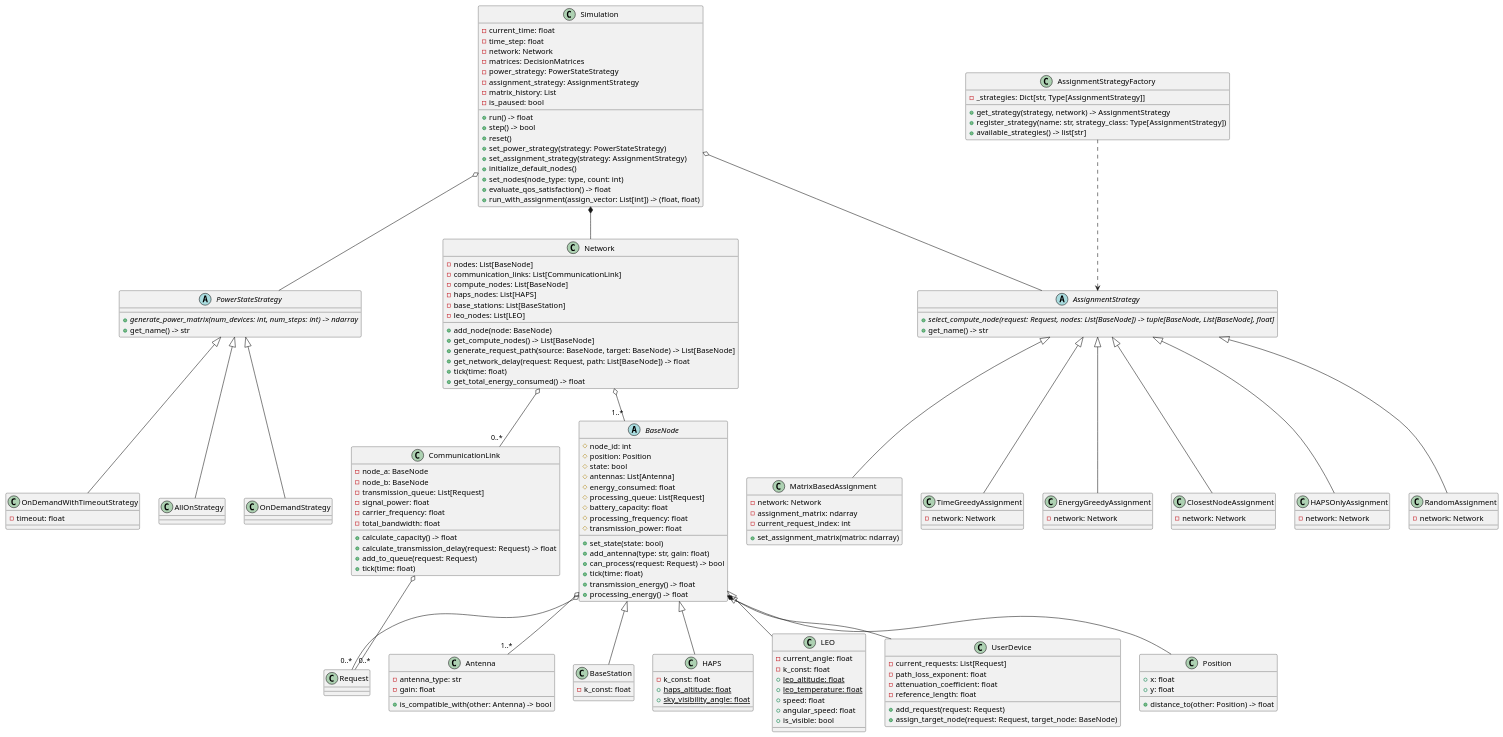
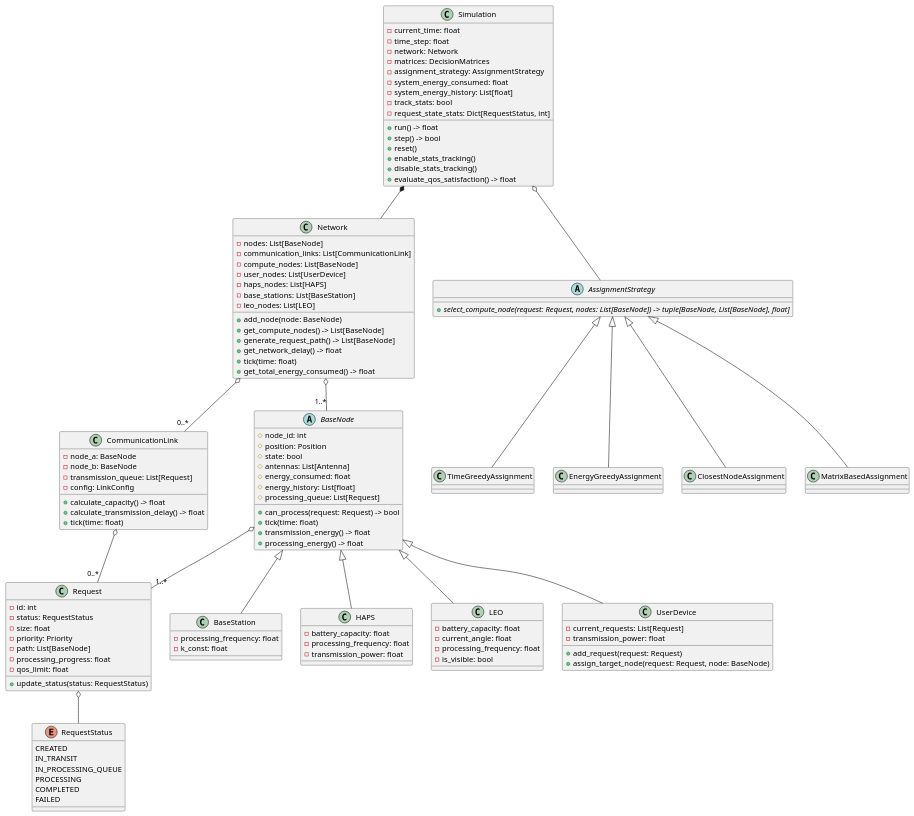
The diagram in docs/class_diagram.puml (SimonR99/OptimisationNTN), drawn with PlantUML before and after one commit. The commit also changed 1 other file, not shown here.

Commit message:
update diagram

```diff
--- a/docs/class_diagram.puml
+++ b/docs/class_diagram.puml
@@ -1,176 +1,128 @@
 @startuml class diagram
 
 ' Core Components
 class Simulation {
   - current_time: float
   - time_step: float
   - network: Network
   - matrices: DecisionMatrices
-  - power_strategy: PowerStateStrategy
   - assignment_strategy: AssignmentStrategy
-  - matrix_history: List
-  - is_paused: bool
+  - system_energy_consumed: float
+  - system_energy_history: List[float]
+  - track_stats: bool
+  - request_state_stats: Dict[RequestStatus, int]
   + run() -> float
   + step() -> bool
   + reset()
-  + set_power_strategy(strategy: PowerStateStrategy)
-  + set_assignment_strategy(strategy: AssignmentStrategy)
-  + initialize_default_nodes()
-  + set_nodes(node_type: type, count: int)
+  + enable_stats_tracking()
+  + disable_stats_tracking()
   + evaluate_qos_satisfaction() -> float
-  + run_with_assignment(assign_vector: List[int]) -> (float, float)
-}
-
-' Power Strategy Hierarchy
-abstract class PowerStateStrategy {
-  + {abstract} generate_power_matrix(num_devices: int, num_steps: int) -> ndarray
-  + get_name() -> str
-}
-
-class AllOnStrategy extends PowerStateStrategy
-class OnDemandStrategy extends PowerStateStrategy
-class OnDemandWithTimeoutStrategy extends PowerStateStrategy {
-  - timeout: float
-}
-
-' Assignment Strategy Hierarchy
-abstract class AssignmentStrategy {
-  + {abstract} select_compute_node(request: Request, nodes: List[BaseNode]) -> tuple[BaseNode, List[BaseNode], float]
-  + get_name() -> str
-}
-
-class TimeGreedyAssignment extends AssignmentStrategy {
-  - network: Network
-}
-
-class EnergyGreedyAssignment extends AssignmentStrategy {
-  - network: Network
-}
-
-class ClosestNodeAssignment extends AssignmentStrategy {
-  - network: Network
-}
-
-class HAPSOnlyAssignment extends AssignmentStrategy {
-  - network: Network
-}
-
-class RandomAssignment extends AssignmentStrategy {
-  - network: Network
-}
-
-class MatrixBasedAssignment extends AssignmentStrategy {
-  - network: Network
-  - assignment_matrix: ndarray
-  - current_request_index: int
-  + set_assignment_matrix(matrix: ndarray)
-}
-
-class AssignmentStrategyFactory {
-  - _strategies: Dict[str, Type[AssignmentStrategy]]
-  + get_strategy(strategy, network) -> AssignmentStrategy
-  + register_strategy(name: str, strategy_class: Type[AssignmentStrategy])
-  + available_strategies() -> list[str]
 }
 
 ' Network Components
 class Network {
   - nodes: List[BaseNode]
   - communication_links: List[CommunicationLink]
   - compute_nodes: List[BaseNode]
+  - user_nodes: List[UserDevice]
   - haps_nodes: List[HAPS]
   - base_stations: List[BaseStation]
   - leo_nodes: List[LEO]
   + add_node(node: BaseNode)
   + get_compute_nodes() -> List[BaseNode]
-  + generate_request_path(source: BaseNode, target: BaseNode) -> List[BaseNode]
-  + get_network_delay(request: Request, path: List[BaseNode]) -> float
+  + generate_request_path() -> List[BaseNode]
+  + get_network_delay() -> float
   + tick(time: float)
   + get_total_energy_consumed() -> float
 }
 
 abstract class BaseNode {
   # node_id: int
   # position: Position
   # state: bool
   # antennas: List[Antenna]
   # energy_consumed: float
+  # energy_history: List[float]
   # processing_queue: List[Request]
-  # battery_capacity: float
-  # processing_frequency: float
-  # transmission_power: float
-  + set_state(state: bool)
-  + add_antenna(type: str, gain: float)
   + can_process(request: Request) -> bool
   + tick(time: float)
   + transmission_energy() -> float
   + processing_energy() -> float
 }
 
-class Position {
-  + x: float
-  + y: float
-  + distance_to(other: Position) -> float
+class Request {
+  - id: int
+  - status: RequestStatus
+  - size: float
+  - priority: Priority
+  - path: List[BaseNode]
+  - processing_progress: float
+  - qos_limit: float
+  + update_status(status: RequestStatus)
 }
 
-class Antenna {
-  - antenna_type: str
-  - gain: float
-  + is_compatible_with(other: Antenna) -> bool
-}
-
-class BaseStation extends BaseNode {
-  - k_const: float
-}
-
-class HAPS extends BaseNode {
-  - k_const: float
-  {static} + haps_altitude: float
-  {static} + sky_visibility_angle: float
-}
-
-class LEO extends BaseNode {
-  - current_angle: float
-  - k_const: float
-  {static} + leo_altitude: float
-  {static} + leo_temperature: float
-  + speed: float
-  + angular_speed: float
-  + is_visible: bool
-}
-
-class UserDevice extends BaseNode {
-  - current_requests: List[Request]
-  - path_loss_exponent: float
-  - attenuation_coefficient: float
-  - reference_length: float
-  + add_request(request: Request)
-  + assign_target_node(request: Request, target_node: BaseNode)
+enum RequestStatus {
+  CREATED
+  IN_TRANSIT
+  IN_PROCESSING_QUEUE
+  PROCESSING
+  COMPLETED
+  FAILED
 }
 
 class CommunicationLink {
   - node_a: BaseNode
   - node_b: BaseNode
   - transmission_queue: List[Request]
-  - signal_power: float
-  - carrier_frequency: float
-  - total_bandwidth: float
+  - config: LinkConfig
   + calculate_capacity() -> float
-  + calculate_transmission_delay(request: Request) -> float
-  + add_to_queue(request: Request)
+  + calculate_transmission_delay() -> float
   + tick(time: float)
 }
+
+' Node Types
+class BaseStation extends BaseNode {
+  - processing_frequency: float
+  - k_const: float
+}
+
+class HAPS extends BaseNode {
+  - battery_capacity: float
+  - processing_frequency: float
+  - transmission_power: float
+}
+
+class LEO extends BaseNode {
+  - battery_capacity: float
+  - current_angle: float
+  - processing_frequency: float
+  - is_visible: bool
+}
+
+class UserDevice extends BaseNode {
+  - current_requests: List[Request]
+  - transmission_power: float
+  + add_request(request: Request)
+  + assign_target_node(request: Request, node: BaseNode)
+}
+
+' Assignment Strategy Hierarchy
+abstract class AssignmentStrategy {
+  + {abstract} select_compute_node(request: Request, nodes: List[BaseNode]) -> tuple[BaseNode, List[BaseNode], float]
+}
+
+class TimeGreedyAssignment extends AssignmentStrategy
+class EnergyGreedyAssignment extends AssignmentStrategy
+class ClosestNodeAssignment extends AssignmentStrategy
+class MatrixBasedAssignment extends AssignmentStrategy
 
 ' Relationships
 Simulation *-- Network
 Simulation o-- AssignmentStrategy
-Simulation o-- PowerStateStrategy
 Network o-- "1..*" BaseNode
 Network o-- "0..*" CommunicationLink
-BaseNode *-- Position
-BaseNode o-- "1..*" Antenna
-BaseNode o-- "0..*" Request
+BaseNode o-- "1..*" Request
 CommunicationLink o-- "0..*" Request
-AssignmentStrategyFactory ..> AssignmentStrategy
+Request o-- RequestStatus
 
 @enduml
```
